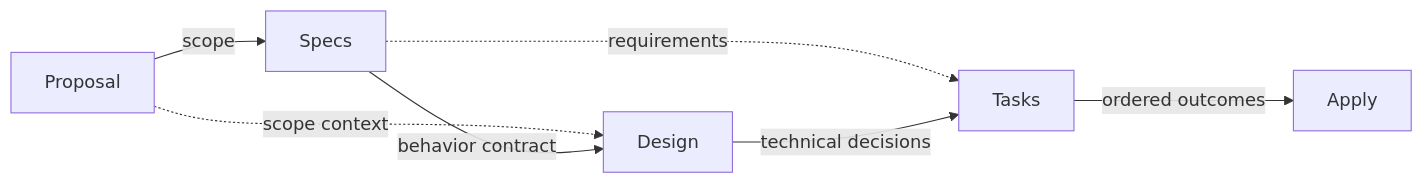
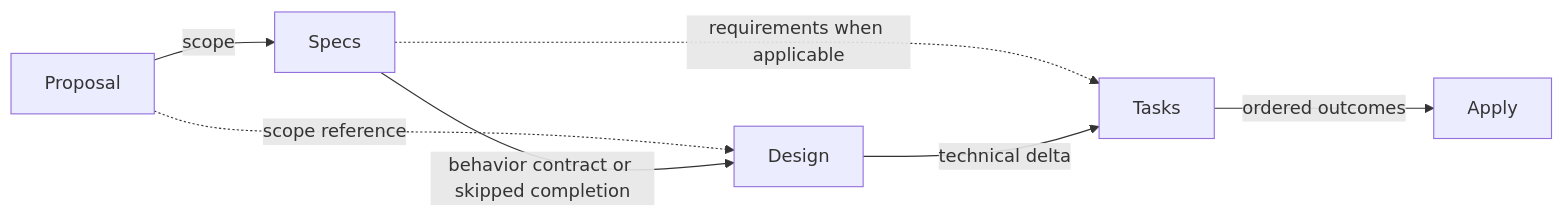
The diagram in openspec/schemas/spec-driven-tdd/docs/architecture.md (mols3131d/hmda-data-reliability), drawn with Mermaid before and after one commit. The commit also changed other lines of this file and 10 other files, not shown here.

First line of the commit message:
chore(openspec): schema ownership contract 정합화 (#169)

````diff
--- a/openspec/schemas/spec-driven-tdd/docs/architecture.md
+++ b/openspec/schemas/spec-driven-tdd/docs/architecture.md
@@ -9,9 +9,9 @@
 ```mermaid
 flowchart LR
     proposal["Proposal"] -->|scope| specs["Specs"]
-    proposal -.->|scope context| design["Design"]
-    specs -->|behavior contract| design
-    specs -.->|requirements| tasks["Tasks"]
-    design -->|technical decisions| tasks
+    proposal -.->|scope reference| design["Design"]
+    specs -->|behavior contract or skipped completion| design
+    specs -.->|requirements when applicable| tasks["Tasks"]
+    design -->|technical delta| tasks
     tasks -->|ordered outcomes| apply["Apply"]
 ```
````
